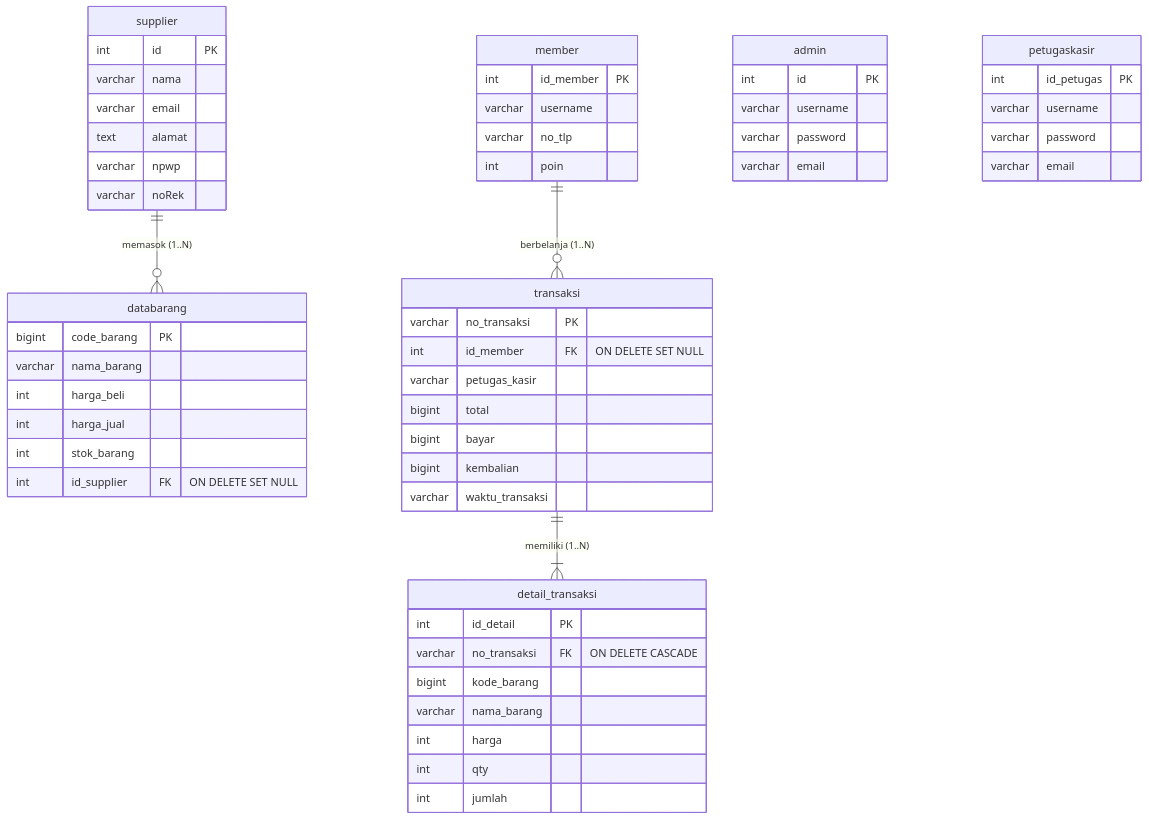
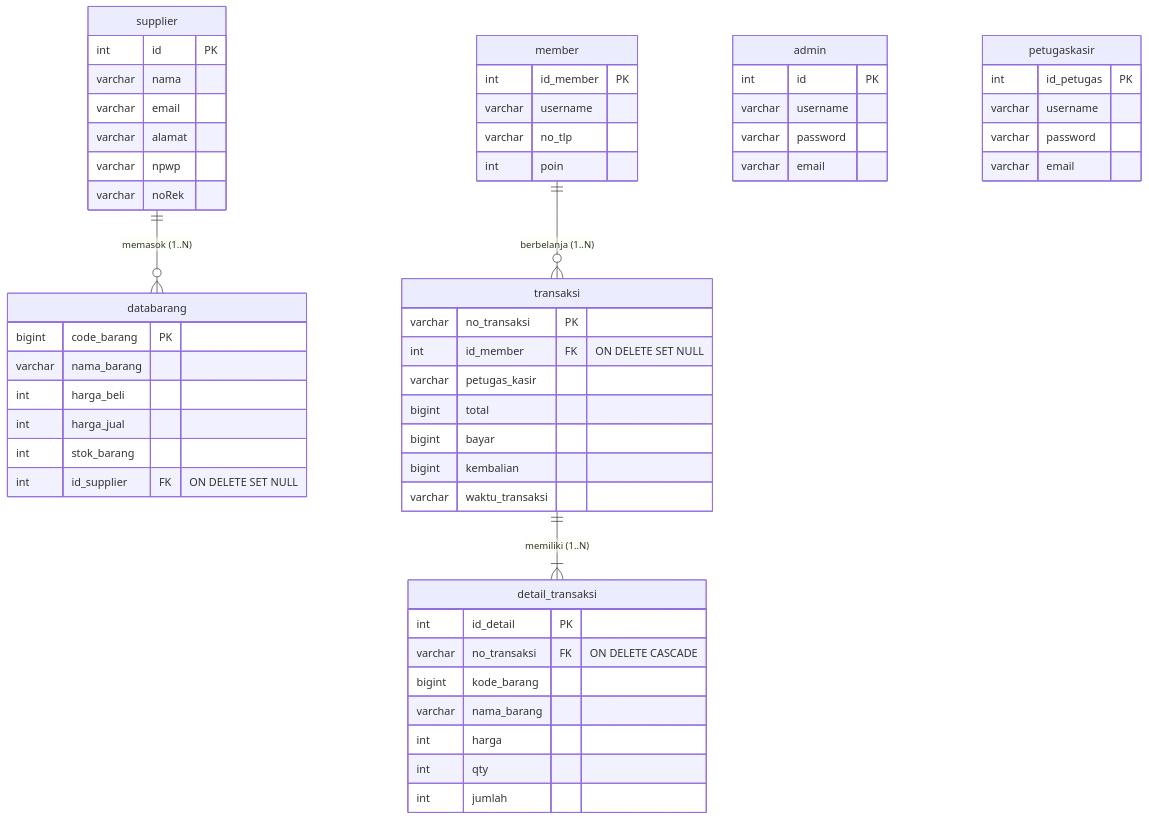
The sixth of 6 diagrams in DOKUMENTASI_LAPORAN.md (NarendroWicaksono/POS-KasirJAVA-PBO), drawn with Mermaid before and after one commit. The commit also changed other lines of this file and 1 other file, not shown here.

````diff
--- a/DOKUMENTASI_LAPORAN.md
+++ b/DOKUMENTASI_LAPORAN.md
@@ -515,65 +516,65 @@
 ```mermaid
 erDiagram
     supplier ||--o{ databarang : "memasok (1..N)"
     member ||--o{ transaksi : "berbelanja (1..N)"
     transaksi ||--|{ detail_transaksi : "memiliki (1..N)"
 
     admin {
         int id PK
         varchar username
         varchar password
         varchar email
     }
 
     petugaskasir {
         int id_petugas PK
         varchar username
         varchar password
         varchar email
     }
 
     supplier {
         int id PK
         varchar nama
         varchar email
-        text alamat
+        varchar alamat
         varchar npwp
         varchar noRek
     }
 
     databarang {
         bigint code_barang PK
         varchar nama_barang
         int harga_beli
         int harga_jual
         int stok_barang
         int id_supplier FK "ON DELETE SET NULL"
     }
 
     member {
         int id_member PK
         varchar username
         varchar no_tlp
         int poin
     }
 
     transaksi {
         varchar no_transaksi PK
         int id_member FK "ON DELETE SET NULL"
         varchar petugas_kasir
         bigint total
         bigint bayar
         bigint kembalian
         varchar waktu_transaksi
     }
 
     detail_transaksi {
         int id_detail PK
         varchar no_transaksi FK "ON DELETE CASCADE"
         bigint kode_barang
         varchar nama_barang
         int harga
         int qty
         int jumlah
     }
 ```
````
